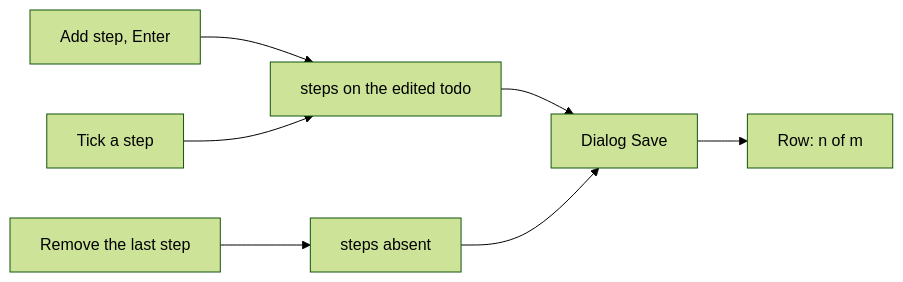
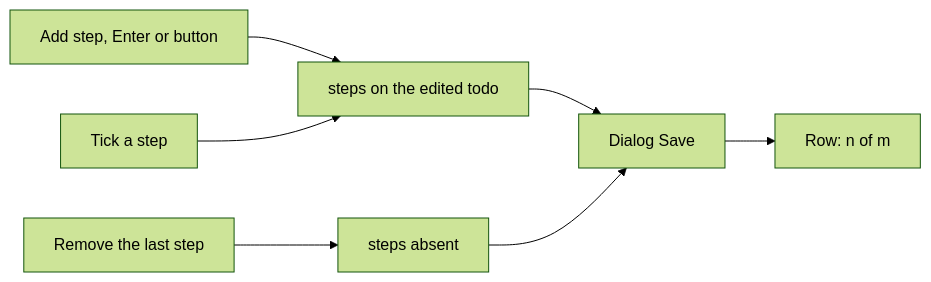
Before and after one commit to Esposter/Esposter: the diagram in apps/web/content/docs/resource/todolist-steps.md, drawn with Mermaid (forest theme). The commit also changed other lines of this file and 2 other files, not shown here.

Commit message:
fix(resource): a todo's steps add by button as well as Enter, and stop at the most the schema takes
Answers: 4117540858
Answers: 4117540861

````diff
--- a/apps/web/content/docs/resource/todolist-steps.md
+++ b/apps/web/content/docs/resource/todolist-steps.md
@@ -17,9 +17,9 @@
 ```mermaid
 flowchart LR
-  A[Add step, Enter] --> S[steps on the edited todo]
+  A[Add step, Enter or button] --> S[steps on the edited todo]
   T[Tick a step] --> S
   R[Remove the last step] --> U[steps absent]
   S --> Save[Dialog Save]
   U --> Save
   Save --> Row["Row: n of m"]
 ```
````
